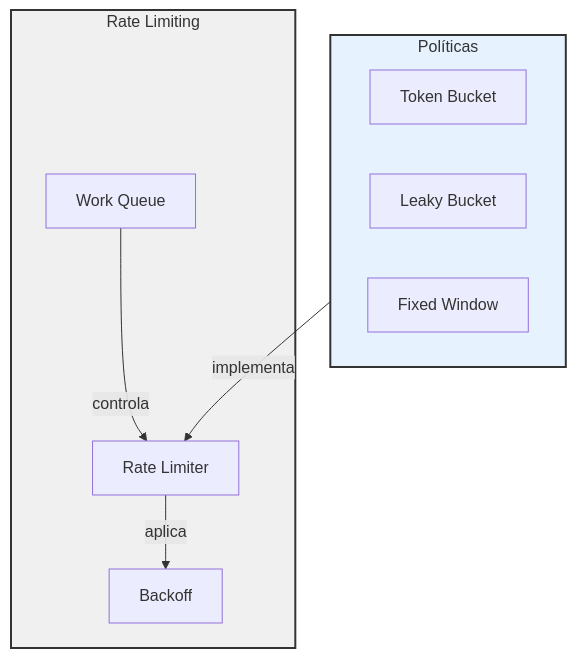
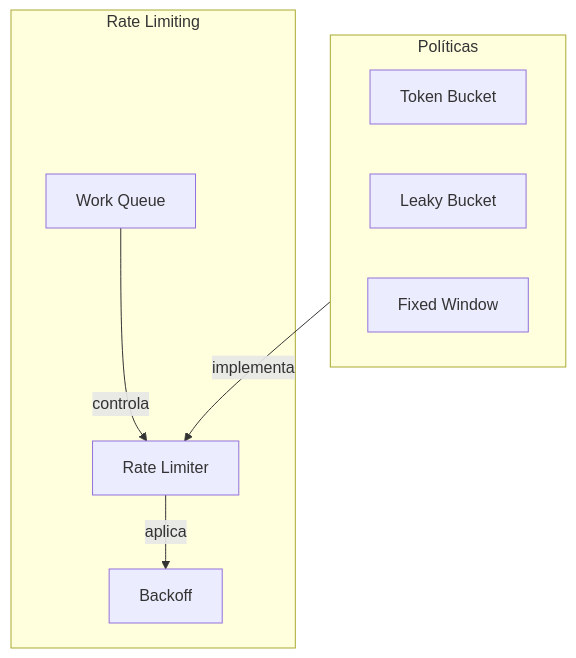
The fifth of 7 diagrams in docs/extras/advanced-operator-topics.md (cloud104/tcloud-devops-k8s-operators-training), drawn with Mermaid before and after one commit. The commit also changed other lines of this file and 6 other files, not shown here.

First line of the commit message:
docs: revisa material teorico, corrige APIs e melhora diagramas

````diff
--- a/docs/extras/advanced-operator-topics.md
+++ b/docs/extras/advanced-operator-topics.md
@@ -177,22 +163,19 @@
 ```mermaid
 flowchart TD
     subgraph RL ["Rate Limiting"]
         Q["Work Queue"]
         RL1["Rate Limiter"]
         BK["Backoff"]
         
         Q -->|"controla"| RL1
         RL1 -->|"aplica"| BK
     end
     
     subgraph POL ["Políticas"]
         P1["Token Bucket"]
         P2["Leaky Bucket"]
         P3["Fixed Window"]
     end
     
     POL -->|"implementa"| RL1
-    
-    style RL fill:#f0f0f0,stroke:#333,stroke-width:2px
-    style POL fill:#e6f3ff,stroke:#333,stroke-width:2px
 ```
````
